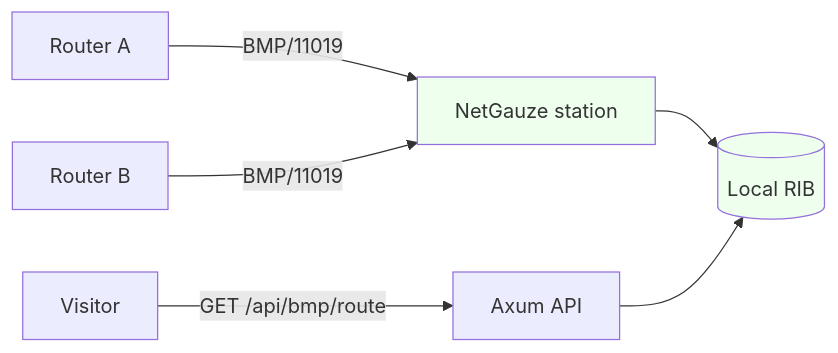
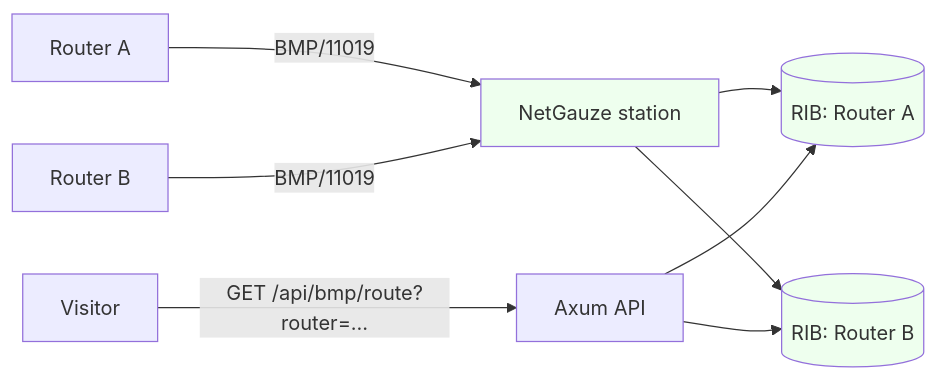
The diagram in docs/operations/bmp-station.md (andrediashexa/NOGGlass), drawn with Mermaid before and after one commit. The commit also changed other lines of this file and 8 other files, not shown here.

First line of the commit message:
feat(bmp): give each monitored router its own RIB and source

````diff
--- a/docs/operations/bmp-station.md
+++ b/docs/operations/bmp-station.md
@@ -93,10 +95,12 @@
 ```mermaid
 flowchart LR
     r1[Router A] -->|BMP/11019| st[NetGauze station]
     r2[Router B] -->|BMP/11019| st
-    st --> rib[(Local RIB)]
-    visitor[Visitor] -->|"GET /api/bmp/route"| api[Axum API]
-    api --> rib
+    st --> ra[(RIB: Router A)]
+    st --> rb[(RIB: Router B)]
+    visitor[Visitor] -->|"GET /api/bmp/route?router=…"| api[Axum API]
+    api --> ra
+    api --> rb
     classDef ro fill:#efe;
-    class st,rib ro;
+    class st,ra,rb ro;
 ```
````
